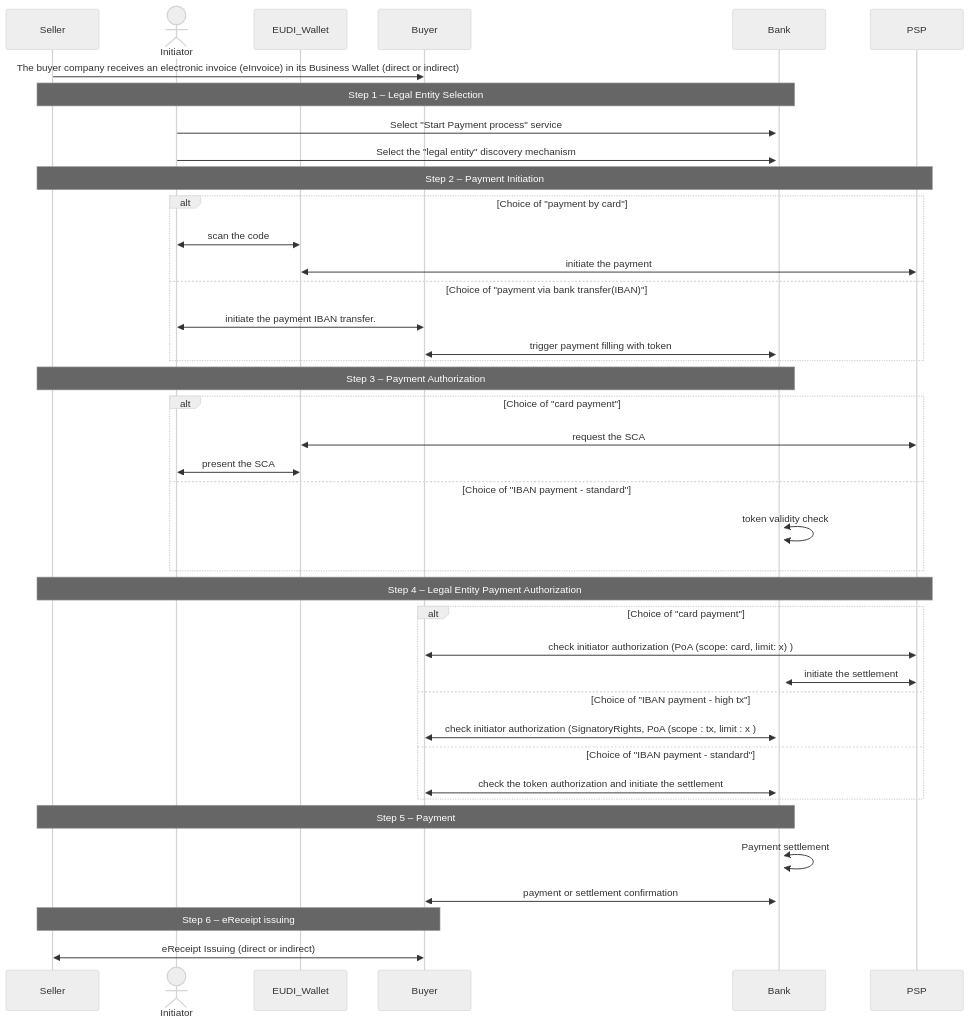
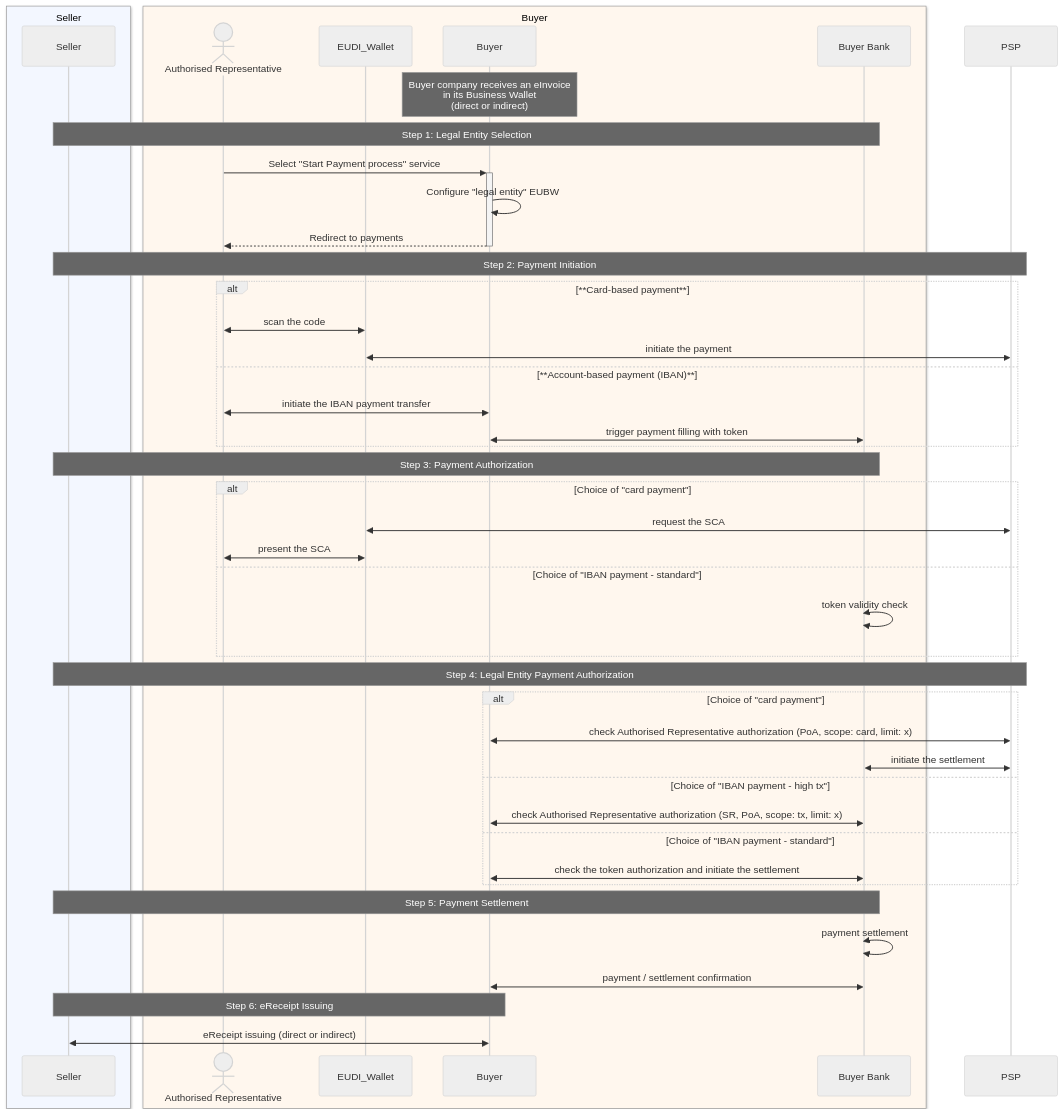
One commit to flo0x/wp3-technology-standards changed the diagram in PA4/README_MVP.md. Above: the diagram before and after it, drawn with Mermaid (neutral theme). The commit also changed other lines of this file and 4 other files, not shown here.

````diff
--- a/PA4/README_MVP.md
+++ b/PA4/README_MVP.md
@@ -85,66 +171,54 @@
 ```mermaid
 sequenceDiagram
-participant Seller as Seller
-actor Initiator
-participant EUDI_Wallet  as EUDI_Wallet
-participant Buyer  as Buyer
-participant Bank as Bank
-participant PSP  as PSP
+box rgb(243,247,255) Seller
+  participant Seller
+end
+box rgb(255,247,238) Buyer
+  actor AuthRep as Authorised Representative
+  participant EUDI_Wallet
+  participant Buyer
+  participant Bank as Buyer Bank
+end
+participant PSP
 
-    Seller ->> Buyer : The buyer company receives an electronic invoice (eInvoice) in its Business Wallet (direct or indirect)
-    %% ──────────────────────────────────────────────
-    %% STEP 1 – Legal Entity Selection
-    %% ──────────────────────────────────────────────
-    note over Seller, Bank  : Step 1  – Legal Entity Selection
-    Initiator ->>+ Bank : Select "Start Payment process" service
-    Initiator ->>+ Bank : Select the "legal entity" discovery mechanism 
- 
-    %% ──────────────────────────────────────────────
-    %% STEP 2 – Payment Initiation 
-    %% ──────────────────────────────────────────────
-    note over Seller, PSP  : Step 2  – Payment Initiation
-    alt Choice of "payment by card"
-        Initiator <<->> EUDI_Wallet : scan the code 
-        EUDI_Wallet <<->> PSP: initiate the payment 
-    else Choice of "payment via bank transfer(IBAN)"
-        Initiator <<->> Buyer : initiate the payment IBAN transfer.
-        Buyer <<->> Bank : trigger payment filling with token 
-    end
-    
-    %% ──────────────────────────────────────────────
-    %% STEP 3 – Payment Authorization  
-    %% ──────────────────────────────────────────────
-    note over Seller, Bank  : Step 3 – Payment Authorization
-    alt Choice of "card payment"
-        PSP <<->> EUDI_Wallet: request the SCA
-        Initiator <<->> EUDI_Wallet : present the SCA
-    else Choice of "IBAN payment - standard"
-        Bank <<->> Bank  : token validity check    
+    note over Buyer : Buyer company receives an eInvoice<br/>in its Business Wallet<br/>(direct or indirect)
+
+    note over Seller, Bank  : Step 1: Legal Entity Selection
+    AuthRep ->>+ Buyer : Select "Start Payment process" service
+    Buyer ->> Buyer : Configure "legal entity" EUBW
+    Buyer -->>- AuthRep : Redirect to payments
+
+    note over Seller, PSP  : Step 2: Payment Initiation
+    alt **Card-based payment**
+        AuthRep <<->> EUDI_Wallet : scan the code
+        EUDI_Wallet <<->> PSP : initiate the payment
+    else **Account-based payment (IBAN)**
+        AuthRep <<->> Buyer : initiate the IBAN payment transfer
+        Buyer <<->> Bank : trigger payment filling with token
     end
 
-    %% ──────────────────────────────────────────────
-    %% STEP 4 –  Legal Entity - Payment Authorization 
-    %% ──────────────────────────────────────────────
-    note over Seller,  PSP  : Step 4 – Legal Entity Payment Authorization
+    note over Seller, Bank  : Step 3: Payment Authorization
     alt Choice of "card payment"
-        PSP <<->> Buyer : check initiator authorization  (PoA (scope: card, limit:  x) ) 
-        PSP <<->> Bank : initiate the settlement  
+        PSP <<->> EUDI_Wallet : request the SCA
+        AuthRep <<->> EUDI_Wallet : present the SCA
+    else Choice of "IBAN payment - standard"
+        Bank <<->> Bank : token validity check
+    end
+
+    note over Seller, PSP  : Step 4: Legal Entity Payment Authorization
+    alt Choice of "card payment"
+        PSP <<->> Buyer : check Authorised Representative authorization (PoA, scope: card, limit: x)
+        PSP <<->> Bank : initiate the settlement
     else Choice of "IBAN payment - high tx"
-        Bank <<->> Buyer : check initiator authorization (SignatoryRights, PoA (scope : tx, limit : x  )
+        Bank <<->> Buyer : check Authorised Representative authorization (SR, PoA, scope: tx, limit: x)
     else Choice of "IBAN payment - standard"
         Bank <<->> Buyer : check the token authorization and initiate the settlement
     end
 
-    %% ──────────────────────────────────────────────
-    %% STEP 5 – Payment Settlement  
-    %% ──────────────────────────────────────────────
-    note over Seller, Bank  : Step 5 – Payment 
-    Bank <<->> Bank : Payment settlement  
-    Bank <<->> Buyer: payment or settlement confirmation  
+    note over Seller, Bank  : Step 5: Payment Settlement
+    Bank <<->> Bank : payment settlement
+    Bank <<->> Buyer : payment / settlement confirmation
 
-    %% ──────────────────────────────────────────────
-    %% STEP 6 – eReceipt
-    %% ──────────────────────────────────────────────
-    note over Seller, Buyer  : Step 6 – eReceipt issuing 
-    Buyer <<->> Seller : eReceipt Issuing (direct or indirect)   
+    note over Seller, Buyer : Step 6: eReceipt Issuing
+    Buyer <<->> Seller : eReceipt issuing (direct or indirect)
 ```
````
